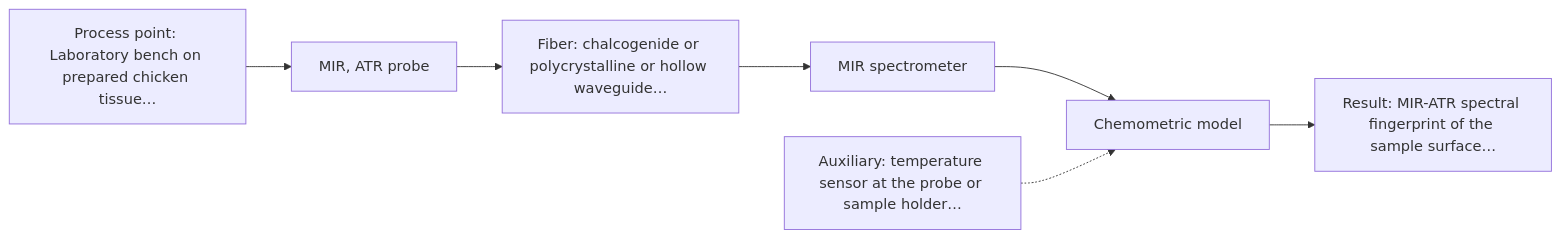
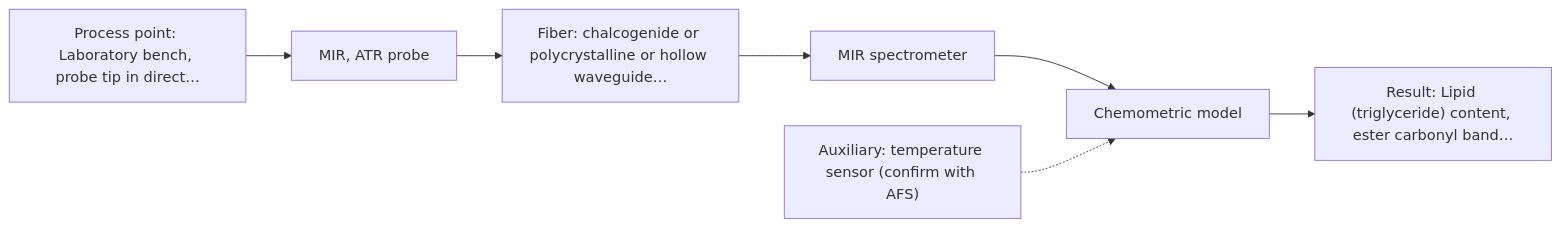
The first of 2 diagrams in outputs/dev/D08.md (sleipnir029/Afs-Spectroscopy-Assistant), drawn with Mermaid before and after one commit. The commit also changed other lines of this file and 18 other files, not shown here.

````diff
--- a/outputs/dev/D08.md
+++ b/outputs/dev/D08.md
@@ -48,16 +36,16 @@
 ```mermaid
 flowchart LR
-    proc["Process point: Laboratory bench on prepared chicken tissue…"]
+    proc["Process point: Laboratory bench, probe tip in direct…"]
     probe1["MIR, ATR probe"]
     fiber1["Fiber: chalcogenide or polycrystalline or hollow waveguide…"]
     spec1["MIR spectrometer"]
     model["Chemometric model"]
-    result["Result: MIR-ATR spectral fingerprint of the sample surface…"]
-    aux1["Auxiliary: temperature sensor at the probe or sample holder…"]
+    result["Result: Lipid (triglyceride) content, ester carbonyl band…"]
+    aux1["Auxiliary: temperature sensor (confirm with AFS)"]
     proc --> probe1
     probe1 --> fiber1
     fiber1 --> spec1
     spec1 --> model
     model --> result
     aux1 -.-> model
 ```
````
